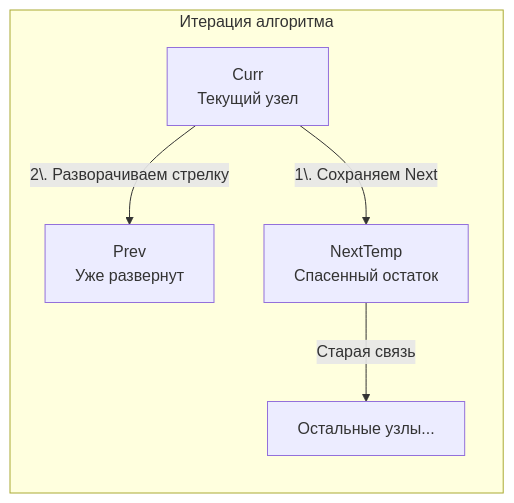
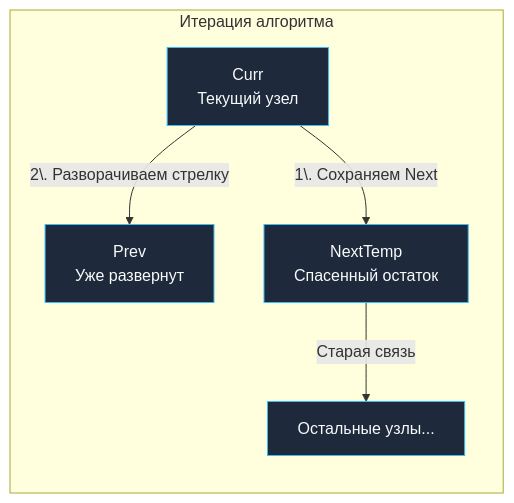
One commit to UnrealTemplier/go-textbook changed the diagram in sources/21. Задачи с LeetCode и собеседований на Go/02. Задачи/08. Связные списки/3. Reverse Linked List.md. Above: the diagram before and after it, drawn with Mermaid. The commit also changed 1666 other files, not shown here.

First line of the commit message:
feat(mermaid): add semantic color classDef to 1369 colorless flowchart/graph diagrams

````diff
--- a/sources/21. Задачи с LeetCode и собеседований на Go/02. Задачи/08. Связные списки/3. Reverse Linked List.md
+++ b/sources/21. Задачи с LeetCode и собеседований на Go/02. Задачи/08. Связные списки/3. Reverse Linked List.md
@@ -20,13 +20,23 @@
 ```mermaid
 flowchart LR
+    classDef process  fill:#1e293b,stroke:#38bdf8,stroke-width:1px,color:#f8fafc
+    classDef success  fill:#064e3b,stroke:#34d399,stroke-width:1px,color:#f8fafc
+    classDef error    fill:#7f1d1d,stroke:#f87171,stroke-width:1px,color:#f8fafc
+    classDef warning  fill:#78350f,stroke:#fbbf24,stroke-width:1px,color:#f8fafc
+    classDef entry    fill:#1e3a5f,stroke:#38bdf8,stroke-width:2px,color:#f8fafc
+    classDef aux      fill:#334155,stroke:#64748b,stroke-width:1px,color:#f8fafc
+    classDef system   fill:#312e81,stroke:#a78bfa,stroke-width:1px,color:#f8fafc
+    classDef data     fill:#132d29,stroke:#2dd4bf,stroke-width:1px,color:#f8fafc
+    classDef network  fill:#881337,stroke:#fb7185,stroke-width:1px,color:#f8fafc
+    classDef accent   fill:#1e1b4b,stroke:#818cf8,stroke-width:1px,color:#f8fafc
     subgraph Итерация алгоритма
-        Prev["Prev<br>Уже развернут"]
-        Curr["Curr<br>Текущий узел"]
-        NextTemp["NextTemp<br>Спасенный остаток"]
-        Tail["Остальные узлы..."]
+        Prev["Prev<br>Уже развернут"]:::process
+        Curr["Curr<br>Текущий узел"]:::process
+        NextTemp["NextTemp<br>Спасенный остаток"]:::process
+        Tail["Остальные узлы..."]:::process
     end
     
     Curr -->|"1\. Сохраняем Next"| NextTemp
     Curr -->|"2\. Разворачиваем стрелку"| Prev
     NextTemp -->|"Старая связь"| Tail
 ```
````
